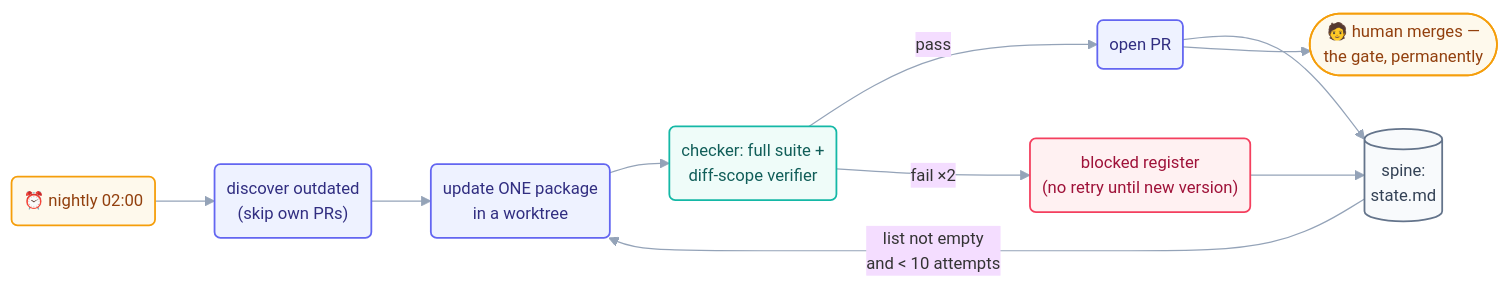
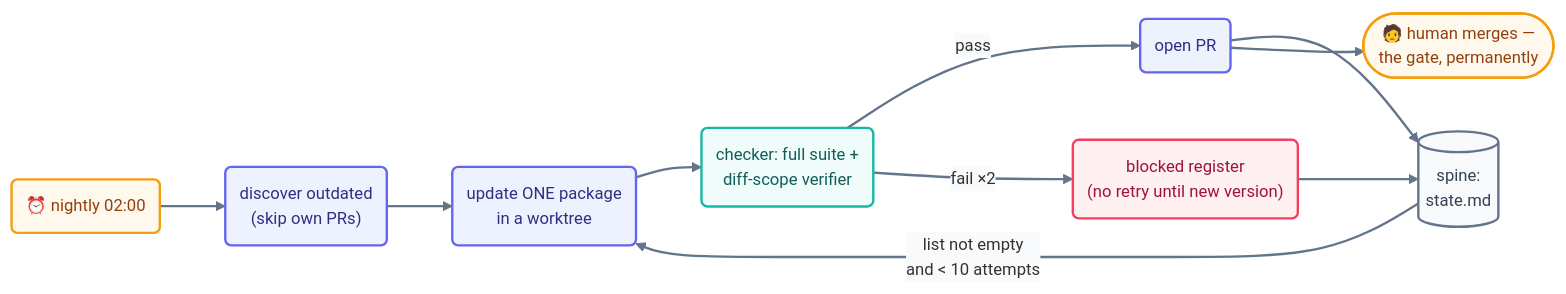
The diagram in docs/09-methods/worked-example-dependency-sweeper.md (ayeshakhalid192007-dev/LoopEngineering-CrashCourse), drawn with Mermaid before and after one commit. The commit also changed 66 other files, not shown here.

First line of the commit message:
docs(diagrams): bolden and unify all 70 mermaid diagrams

````diff
--- a/docs/09-methods/worked-example-dependency-sweeper.md
+++ b/docs/09-methods/worked-example-dependency-sweeper.md
@@ -113,18 +113,19 @@
 ```mermaid
-%%{init: {'theme':'base','themeVariables':{'fontFamily':'ui-sans-serif, system-ui, sans-serif','fontSize':'14px','lineColor':'#94a3b8'},'flowchart':{'curve':'basis','nodeSpacing':45,'rankSpacing':50,'padding':10}}}%%
+%%{init: {'theme':'base','themeVariables':{'fontFamily':'ui-sans-serif, system-ui, sans-serif','fontSize':'14px','lineColor':'#64748b','edgeLabelBackground':'#f8fafc'},'flowchart':{'curve':'basis','nodeSpacing':45,'rankSpacing':55,'padding':12}}}%%
 flowchart LR
     HB("⏰ nightly 02:00"):::hb --> DISC("discover outdated<br/>(skip own PRs)"):::step
     DISC --> UP("update ONE package<br/>in a worktree"):::step
     UP --> CHK("checker: full suite +<br/>diff-scope verifier"):::check
     CHK -->|pass| PR("open PR"):::step --> SP[("spine:<br/>state.md")]:::file
     CHK -->|"fail ×2"| BL("blocked register<br/>(no retry until new version)"):::limit
     BL --> SP
     SP -->|"list not empty<br/>and < 10 attempts"| UP
     PR --> H(["🧑 human merges —<br/>the gate, permanently"]):::human
-    classDef hb fill:#fef9ec,stroke:#f59e0b,stroke-width:1.5px,color:#92400e;
-    classDef step fill:#eef2ff,stroke:#6366f1,stroke-width:1.5px,color:#312e81;
-    classDef check fill:#effcf9,stroke:#14b8a6,stroke-width:1.5px,color:#115e59;
-    classDef file fill:#f8fafc,stroke:#64748b,stroke-width:1.5px,color:#334155;
-    classDef human fill:#fef9ec,stroke:#f59e0b,stroke-width:1.5px,color:#92400e;
-    classDef limit fill:#fff1f2,stroke:#f43f5e,stroke-width:1.5px,color:#9f1239;
+    linkStyle default stroke:#64748b,stroke-width:2px;
+    classDef hb fill:#fef9ec,stroke:#f59e0b,stroke-width:2px,color:#92400e;
+    classDef step fill:#eef2ff,stroke:#6366f1,stroke-width:2px,color:#312e81;
+    classDef check fill:#effcf9,stroke:#14b8a6,stroke-width:2px,color:#115e59;
+    classDef file fill:#f8fafc,stroke:#64748b,stroke-width:2px,color:#334155;
+    classDef human fill:#fef9ec,stroke:#f59e0b,stroke-width:2px,color:#92400e;
+    classDef limit fill:#fff1f2,stroke:#f43f5e,stroke-width:2px,color:#9f1239;
 ```
````
